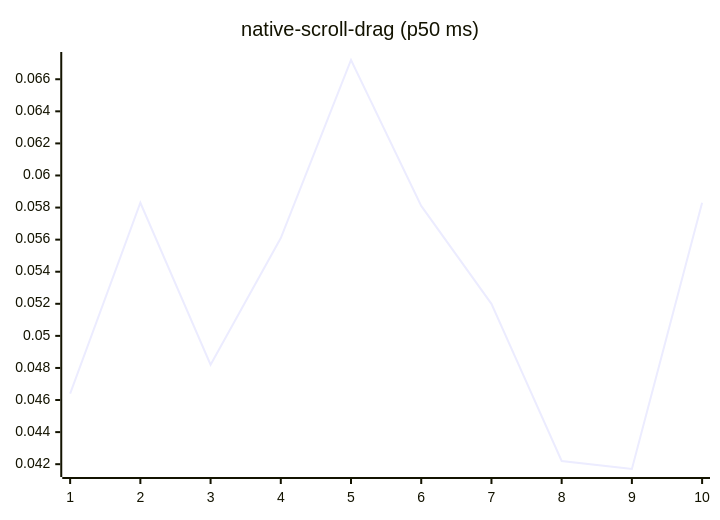
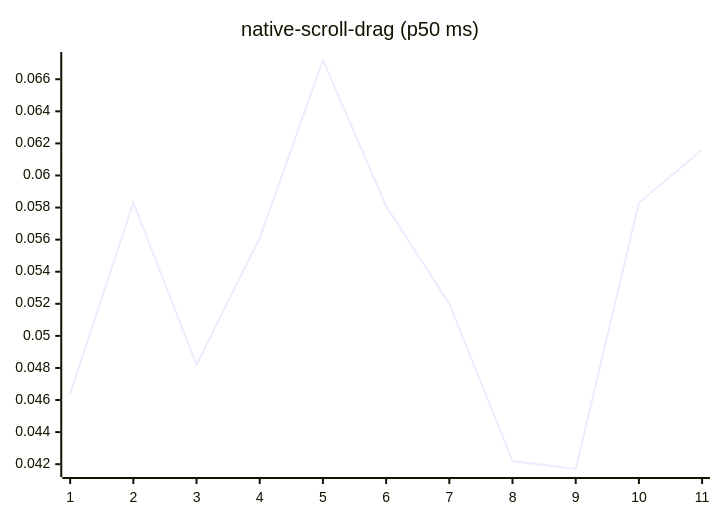
One commit to josha/Facet changed diagram 14 of 27 in README.md. Above: the diagram before and after it, drawn with Mermaid. The commit also changed other lines of this file and 2 other files, not shown here.

````diff
--- a/README.md
+++ b/README.md
@@ -154,6 +154,6 @@
 ```mermaid
 xychart-beta
     title "native-scroll-drag (p50 ms)"
-    x-axis 1 --> 10
-    line [0.0464, 0.0583, 0.0482, 0.0561, 0.0672, 0.0581, 0.0520, 0.0422, 0.0417, 0.0583]
+    x-axis 1 --> 11
+    line [0.0464, 0.0583, 0.0482, 0.0561, 0.0672, 0.0581, 0.0520, 0.0422, 0.0417, 0.0583, 0.0616]
 ```
````
